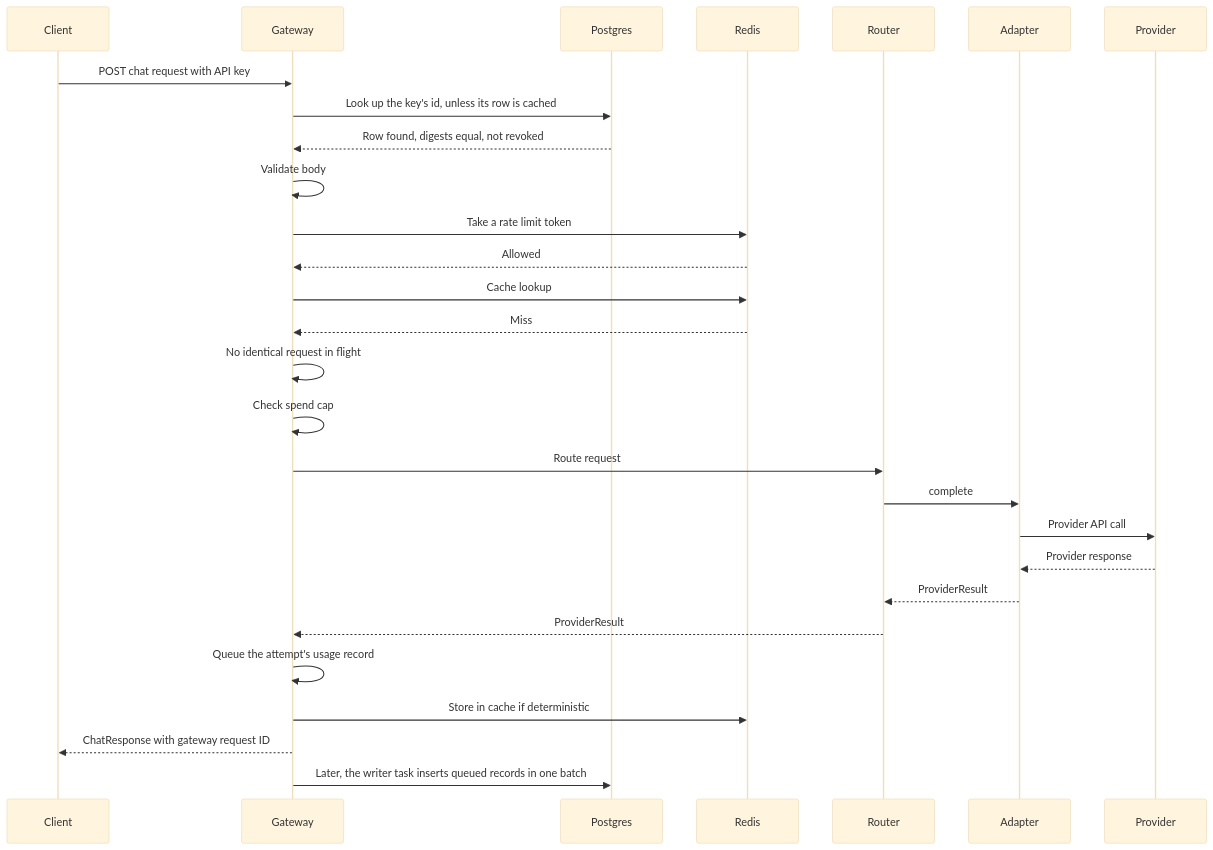
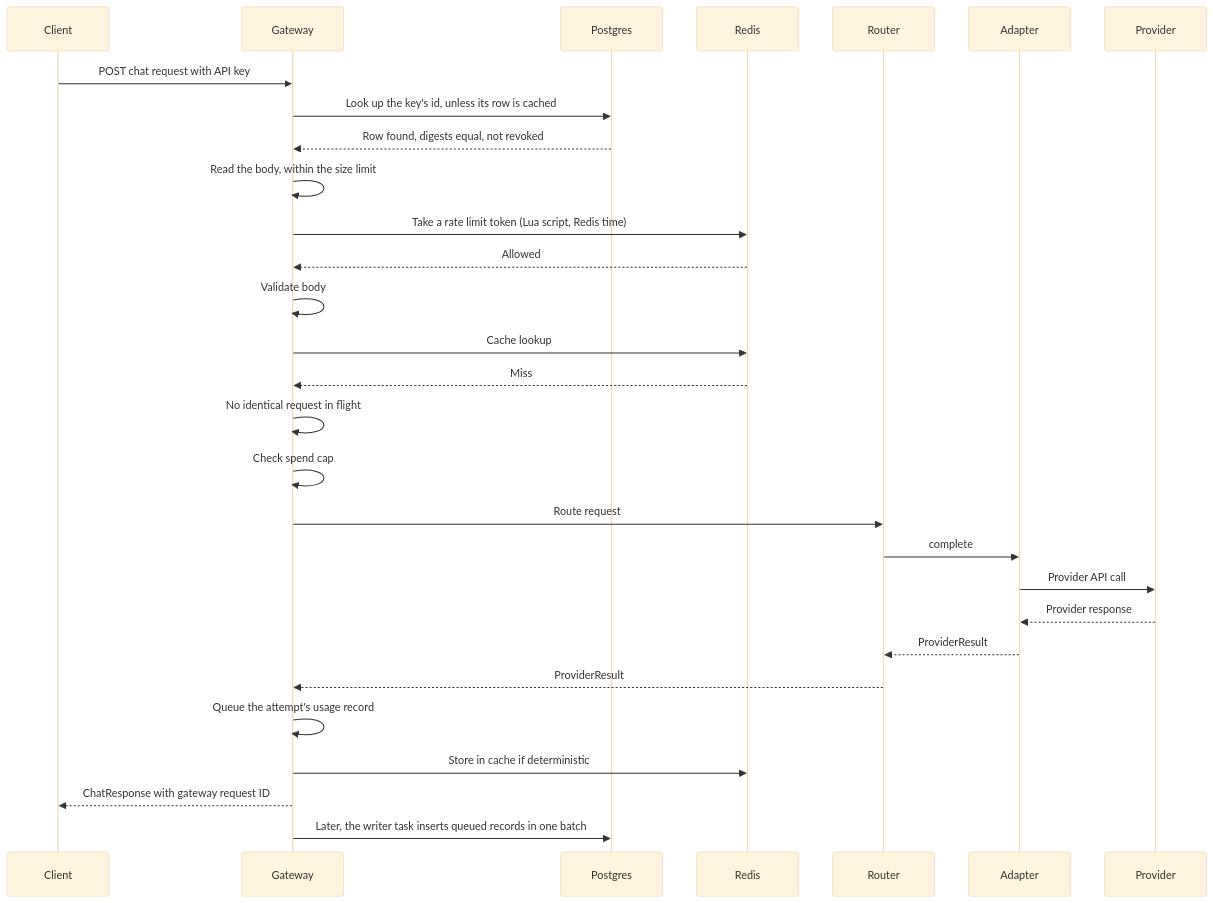
Before and after one commit to Jasmeet-011/LLMGateway: the sixth of 6 diagrams in FLOW.md, drawn with Mermaid (base theme). The commit also changed other lines of this file and 3 other files, not shown here.

First line of the commit message:
docs: spec M16, the Redis Lua rate limiter and the body size limit

````diff
--- a/FLOW.md
+++ b/FLOW.md
@@ -229,30 +232,31 @@
 ```mermaid
 sequenceDiagram
     participant C as Client
     participant G as Gateway
     participant P as Postgres
     participant R as Redis
     participant RT as Router
     participant A as Adapter
     participant LLM as Provider
     C->>G: POST chat request with API key
     G->>P: Look up the key's id, unless its row is cached
     P-->>G: Row found, digests equal, not revoked
+    G->>G: Read the body, within the size limit
+    G->>R: Take a rate limit token (Lua script, Redis time)
+    R-->>G: Allowed
     G->>G: Validate body
-    G->>R: Take a rate limit token
-    R-->>G: Allowed
     G->>R: Cache lookup
     R-->>G: Miss
     G->>G: No identical request in flight
     G->>G: Check spend cap
     G->>RT: Route request
     RT->>A: complete
     A->>LLM: Provider API call
     LLM-->>A: Provider response
     A-->>RT: ProviderResult
     RT-->>G: ProviderResult
     G->>G: Queue the attempt's usage record
     G->>R: Store in cache if deterministic
     G-->>C: ChatResponse with gateway request ID
     G->>P: Later, the writer task inserts queued records in one batch
 ```
````
